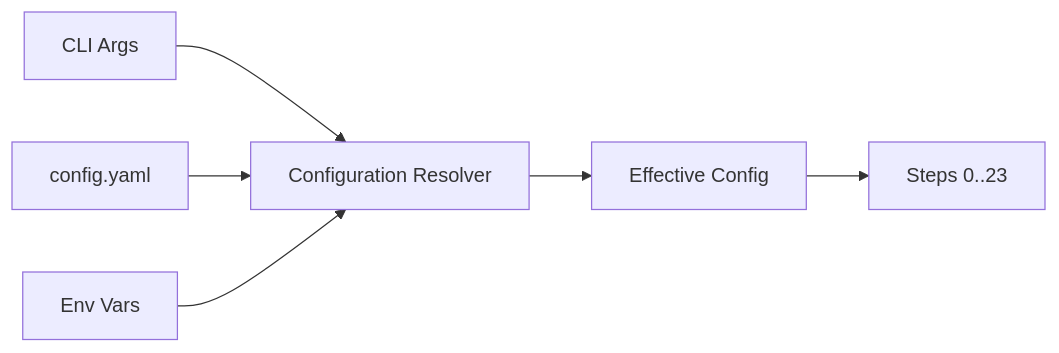
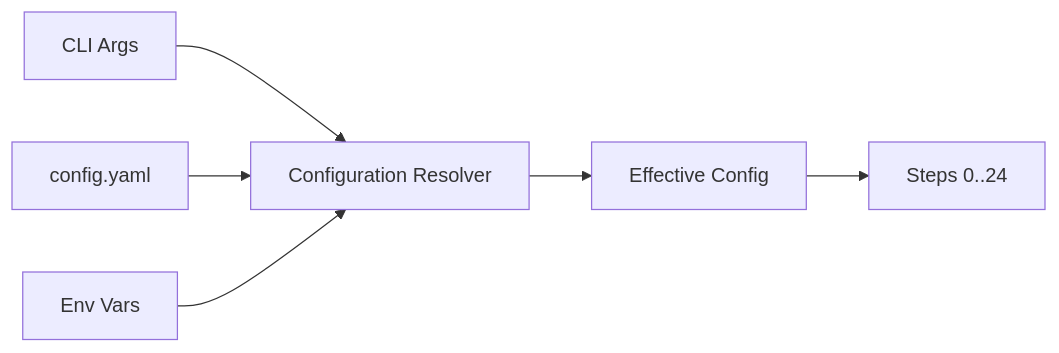
The sixth of 7 diagrams in ARCHITECTURE.md (ActiveInferenceInstitute/GeneralizedNotationNotation), drawn with Mermaid before and after one commit. The commit also changed other lines of this file and 10 other files, not shown here.

````diff
--- a/ARCHITECTURE.md
+++ b/ARCHITECTURE.md
@@ -177,8 +177,8 @@
 ```mermaid
 flowchart LR
   CLI["CLI Args"] --> Merge
   CFG["config.yaml"] --> Merge
   ENV["Env Vars"] --> Merge
   Merge["Configuration Resolver"] --> Eff["Effective Config"]
-  Eff --> Steps["Steps 0..23"]
+  Eff --> Steps["Steps 0..24"]
 ```
````
